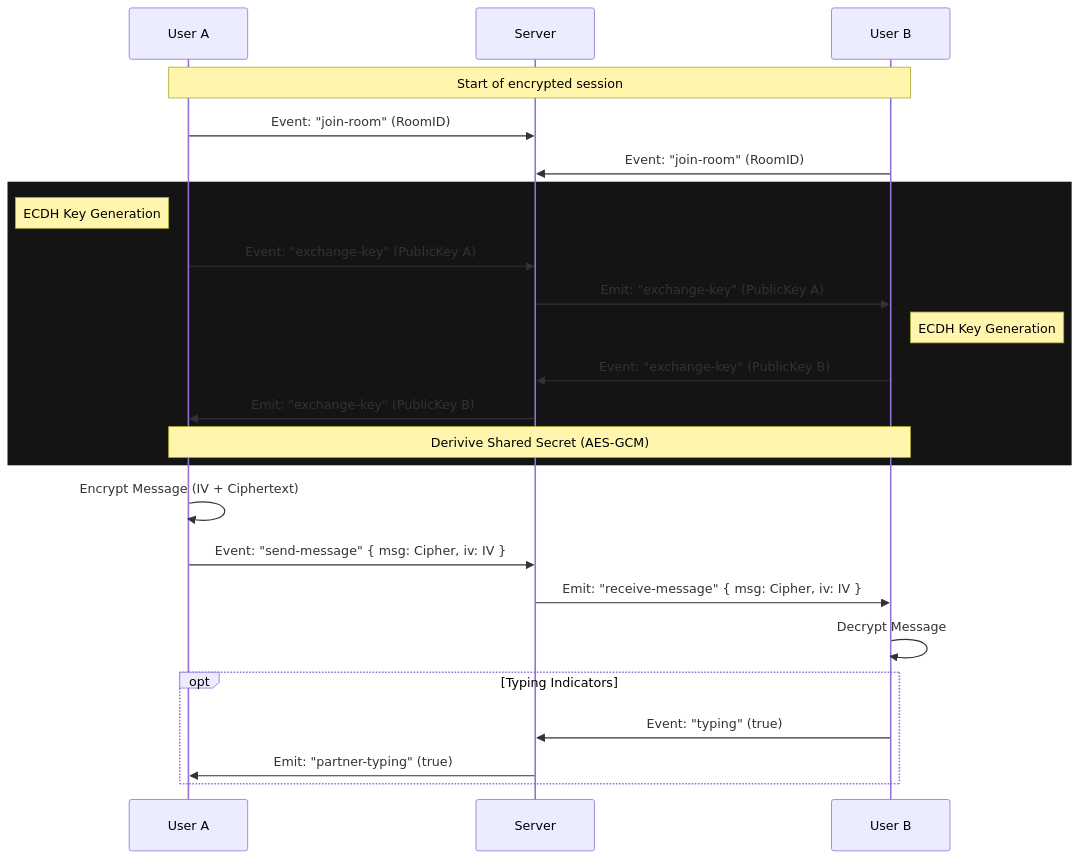
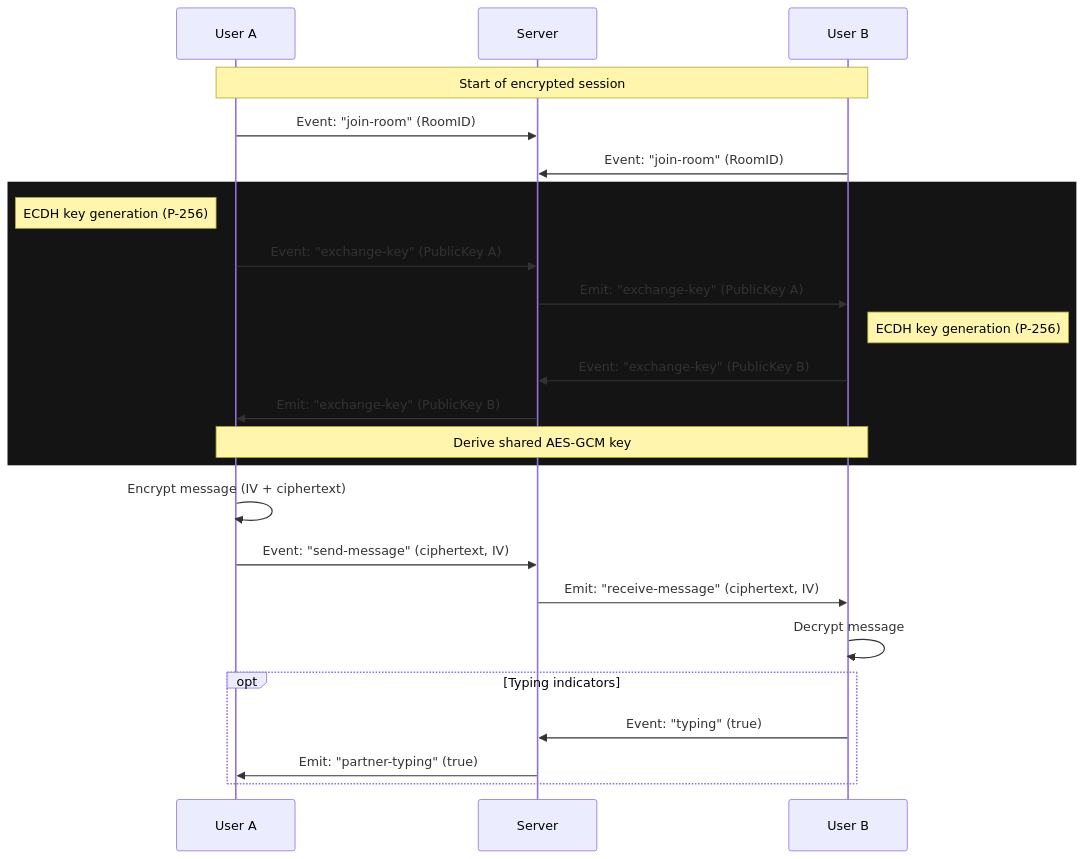
One commit to devyanshnandeshwar/ghostly-app changed the second of 4 diagrams in DOCUMENTATION.md. Above: the diagram before and after it, drawn with Mermaid. The commit also changed other lines of this file and 3 other files, not shown here.

````diff
--- a/DOCUMENTATION.md
+++ b/DOCUMENTATION.md
@@ -124,33 +156,33 @@
 ```mermaid
 sequenceDiagram
     participant A as User A
     participant S as Server
     participant B as User B
 
     Note over A, B: Start of encrypted session
 
     A->>S: Event: "join-room" (RoomID)
     B->>S: Event: "join-room" (RoomID)
 
     rect rgb(20, 20, 20)
-        Note left of A: ECDH Key Generation
+        Note left of A: ECDH key generation (P-256)
         A->>S: Event: "exchange-key" (PublicKey A)
         S->>B: Emit: "exchange-key" (PublicKey A)
 
-        Note right of B: ECDH Key Generation
+        Note right of B: ECDH key generation (P-256)
         B->>S: Event: "exchange-key" (PublicKey B)
         S->>A: Emit: "exchange-key" (PublicKey B)
 
-        Note over A, B: Derivive Shared Secret (AES-GCM)
+        Note over A, B: Derive shared AES-GCM key
     end
 
-    A->>A: Encrypt Message (IV + Ciphertext)
-    A->>S: Event: "send-message" { msg: Cipher, iv: IV }
-    S->>B: Emit: "receive-message" { msg: Cipher, iv: IV }
-    B->>B: Decrypt Message
+    A->>A: Encrypt message (IV + ciphertext)
+    A->>S: Event: "send-message" (ciphertext, IV)
+    S->>B: Emit: "receive-message" (ciphertext, IV)
+    B->>B: Decrypt message
 
-    opt Typing Indicators
+    opt Typing indicators
         B->>S: Event: "typing" (true)
         S->>A: Emit: "partner-typing" (true)
     end
 ```
````
